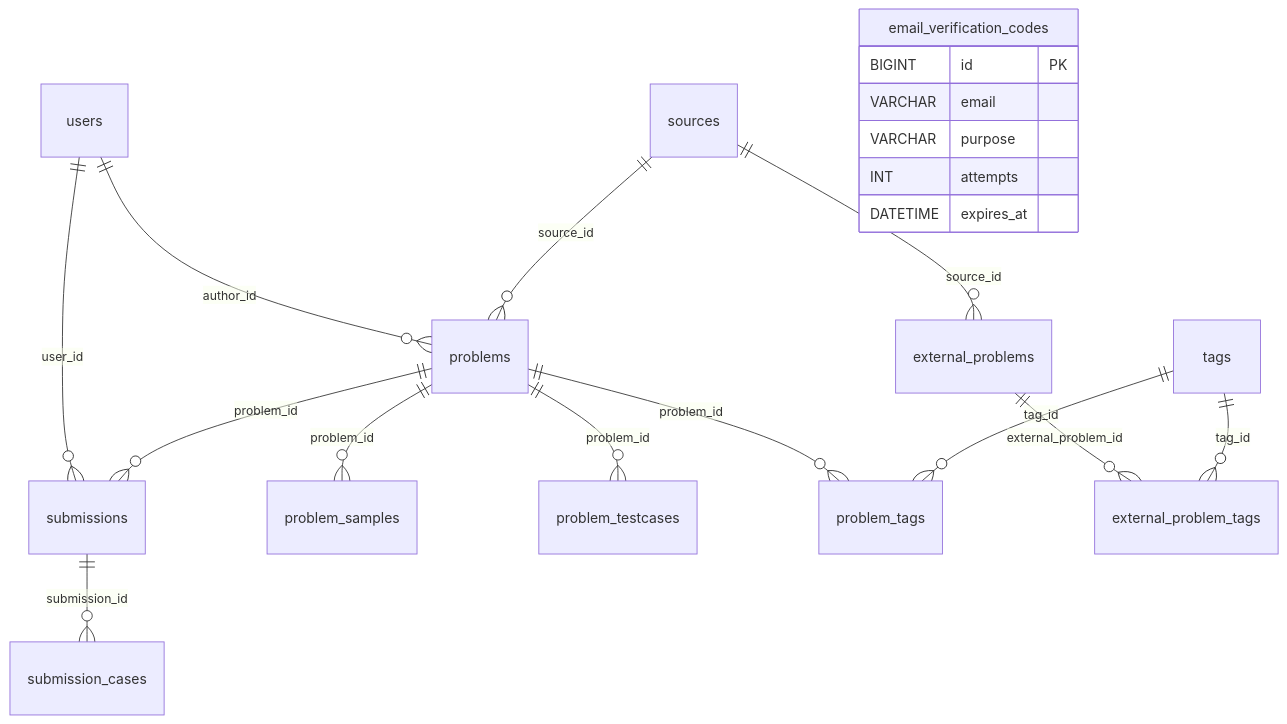
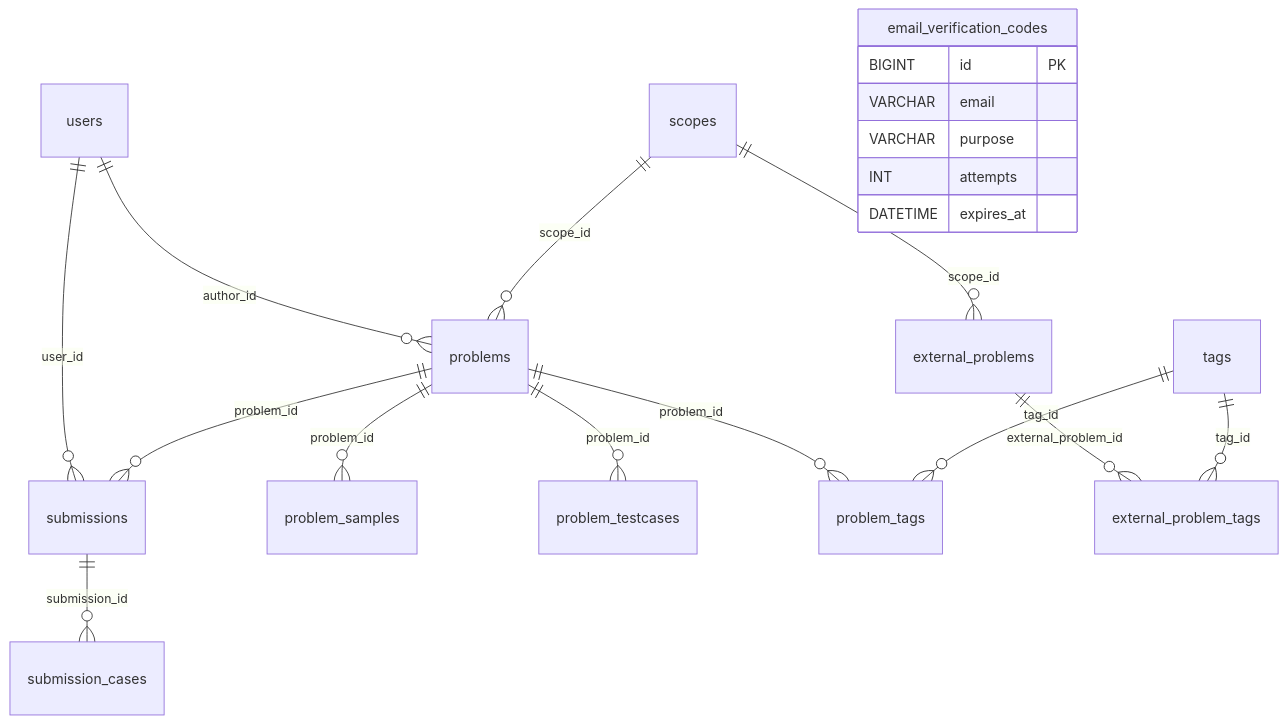
One commit to yucccxi/iOJ changed the diagram in docs/server/02-database.md. Above: the diagram before and after it, drawn with Mermaid. The commit also changed other lines of this file and 43 other files, not shown here.

Commit message:
refactor(server): source 更名为 scope

````diff
--- a/docs/server/02-database.md
+++ b/docs/server/02-database.md
@@ -23,22 +23,22 @@
 ```mermaid
 erDiagram
     users ||--o{ problems : "author_id"
-    sources ||--o{ problems : "source_id"
-    sources ||--o{ external_problems : "source_id"
+    scopes ||--o{ problems : "scope_id"
+    scopes ||--o{ external_problems : "scope_id"
     users ||--o{ submissions : "user_id"
     problems ||--o{ problem_samples : "problem_id"
     problems ||--o{ problem_testcases : "problem_id"
     problems ||--o{ problem_tags : "problem_id"
     tags ||--o{ problem_tags : "tag_id"
     external_problems ||--o{ external_problem_tags : "external_problem_id"
     tags ||--o{ external_problem_tags : "tag_id"
     problems ||--o{ submissions : "problem_id"
     submissions ||--o{ submission_cases : "submission_id"
     email_verification_codes {
         BIGINT id PK
         VARCHAR email
         VARCHAR purpose
         INT attempts
         DATETIME expires_at
     }
 ```
````
